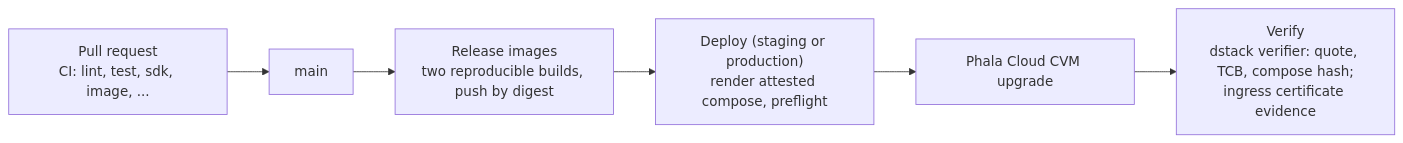
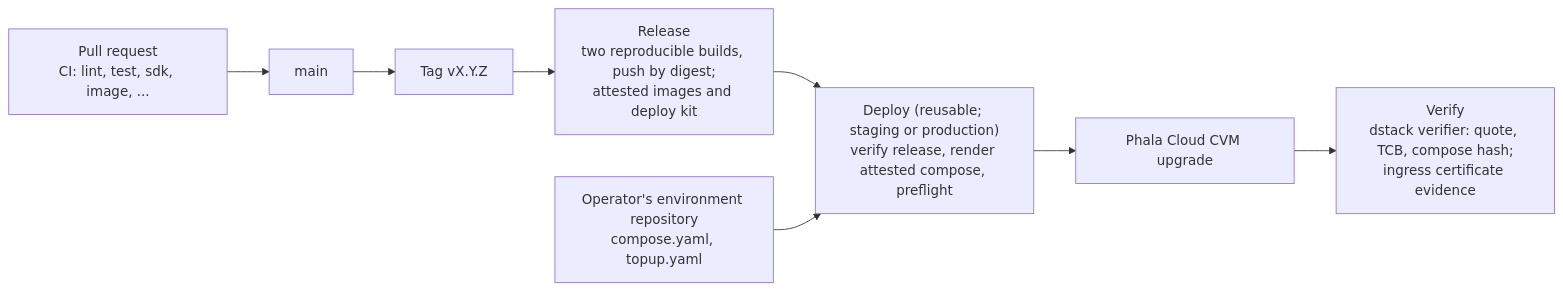
One commit to Phala-Network/crypto-topup-service changed the third of 3 diagrams in docs/architecture.md. Above: the diagram before and after it, drawn with Mermaid. The commit also changed other lines of this file and 64 other files, not shown here.

First line of the commit message:
feat(release): versioned releases with an attested deploy kit; self-host without a fork (#250)

````diff
--- a/docs/architecture.md
+++ b/docs/architecture.md
@@ -1358,8 +1358,10 @@
 ```mermaid
 flowchart LR
     pr["Pull request<br/>CI: lint, test, sdk, image, ..."] --> main["main"]
-    main --> release["Release images<br/>two reproducible builds, push by digest"]
-    release --> deploy["Deploy (staging or production)<br/>render attested compose, preflight"]
+    main --> tag["Tag vX.Y.Z"]
+    tag --> release["Release<br/>two reproducible builds, push by digest;<br/>attested images and deploy kit"]
+    release --> deploy["Deploy (reusable; staging or production)<br/>verify release, render attested compose, preflight"]
+    envrepo["Operator's environment repository<br/>compose.yaml, topup.yaml"] --> deploy
     deploy --> cvm["Phala Cloud CVM upgrade"]
     cvm --> verify["Verify<br/>dstack verifier: quote, TCB, compose hash;<br/>ingress certificate evidence"]
 ```
````
